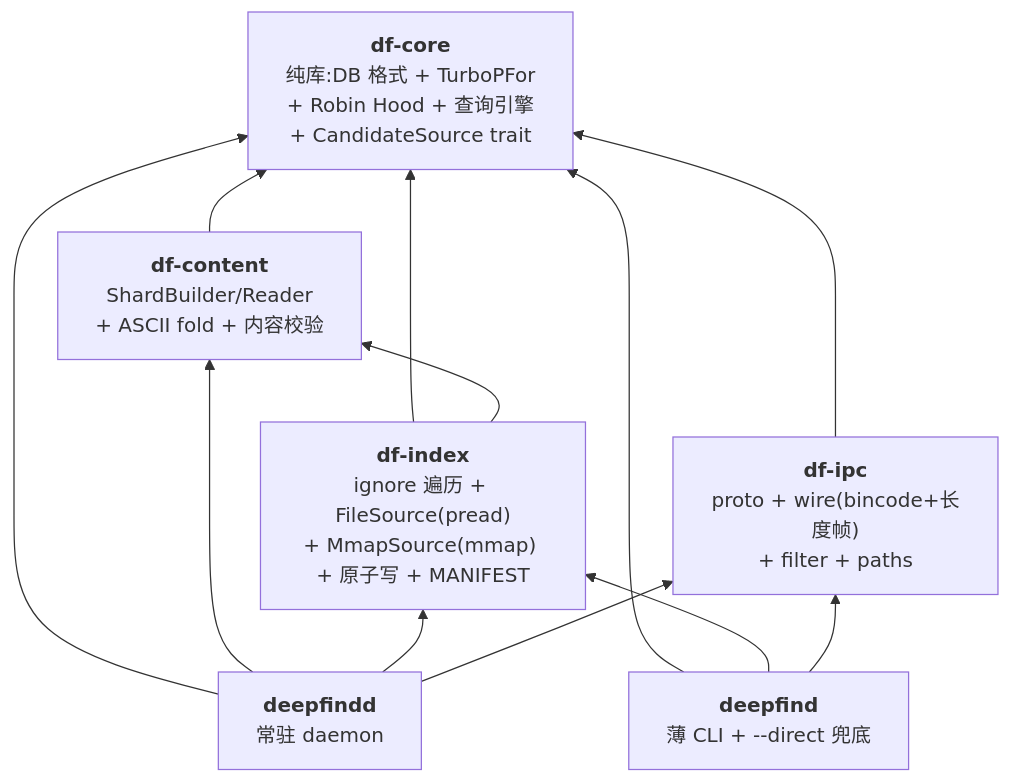
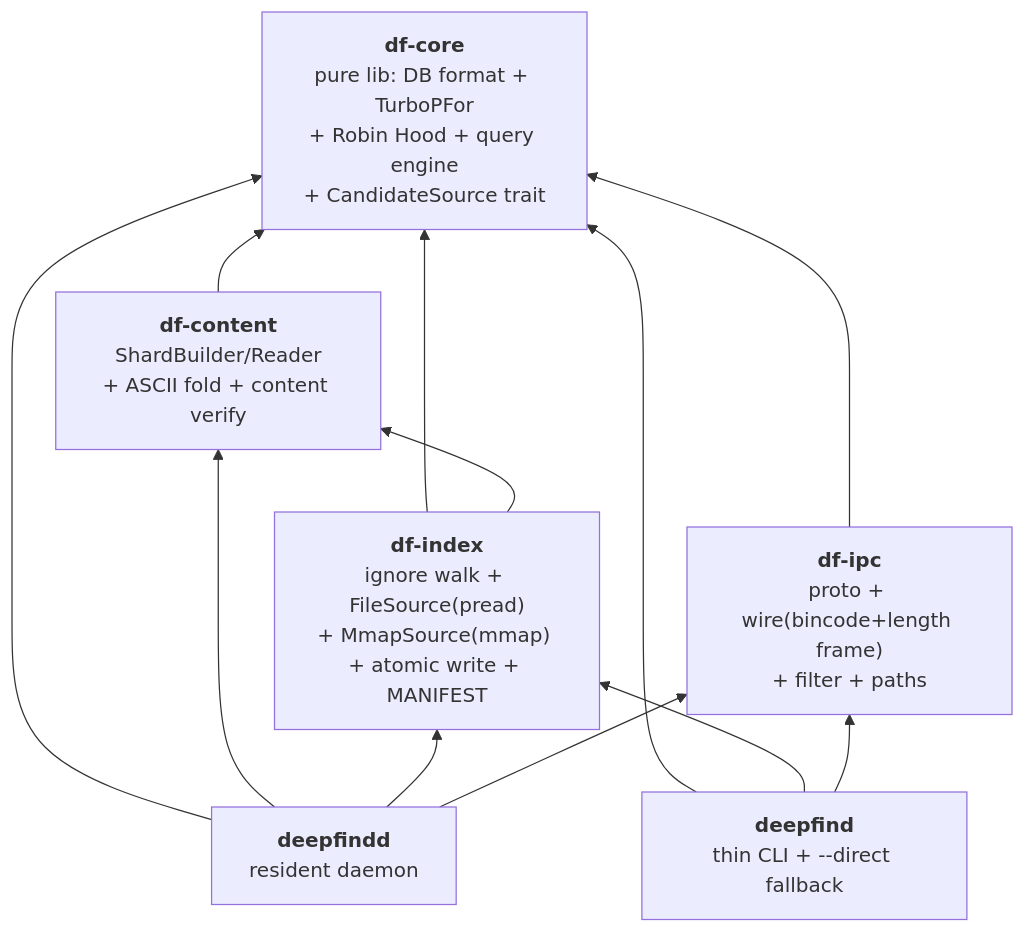
One commit to nadav-cheung/DeepFinder changed the second of 5 diagrams in docs/architecture.md. Above: the diagram before and after it, drawn with Mermaid. The commit also changed other lines of this file and 3 other files, not shown here.

First line of the commit message:
docs: rewrite architecture/decisions/perf-baseline/tech-selection to English + OSS-standard formats

````diff
--- a/docs/architecture.md
+++ b/docs/architecture.md
@@ -57,21 +57,21 @@
 ```mermaid
 flowchart BT
-    core["<b>df-core</b><br/>纯库:DB 格式 + TurboPFor<br/>+ Robin Hood + 查询引擎<br/>+ CandidateSource trait"]
-    content["<b>df-content</b><br/>ShardBuilder/Reader<br/>+ ASCII fold + 内容校验"]
-    index["<b>df-index</b><br/>ignore 遍历 + FileSource(pread)<br/>+ MmapSource(mmap) + 原子写 + MANIFEST"]
-    ipc["<b>df-ipc</b><br/>proto + wire(bincode+长度帧)<br/>+ filter + paths"]
-    daemon["<b>deepfindd</b><br/>常驻 daemon"]
-    cli["<b>deepfind</b><br/>薄 CLI + --direct 兜底"]
+    core["<b>df-core</b><br/>pure lib: DB format + TurboPFor<br/>+ Robin Hood + query engine<br/>+ CandidateSource trait"]
+    content["<b>df-content</b><br/>ShardBuilder/Reader<br/>+ ASCII fold + content verify"]
+    index["<b>df-index</b><br/>ignore walk + FileSource(pread)<br/>+ MmapSource(mmap) + atomic write + MANIFEST"]
+    ipc["<b>df-ipc</b><br/>proto + wire(bincode+length frame)<br/>+ filter + paths"]
+    daemon["<b>deepfindd</b><br/>resident daemon"]
+    cli["<b>deepfind</b><br/>thin CLI + --direct fallback"]
 
     content --> core
     index --> core
     index --> content
     ipc --> core
     daemon --> core
     daemon --> content
     daemon --> index
     daemon --> ipc
     cli --> core
     cli --> index
     cli --> ipc
 ```
````
